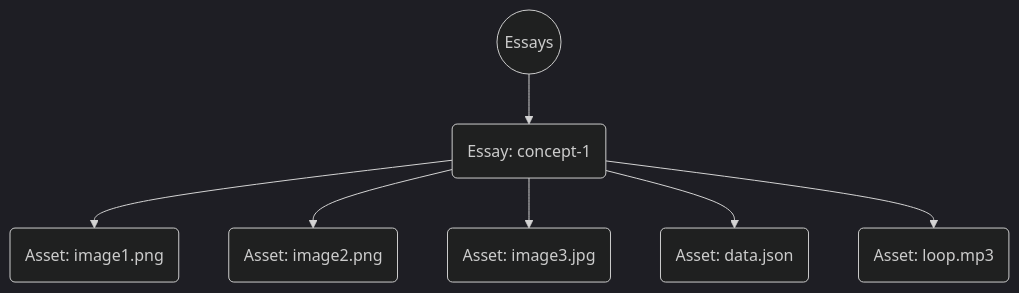
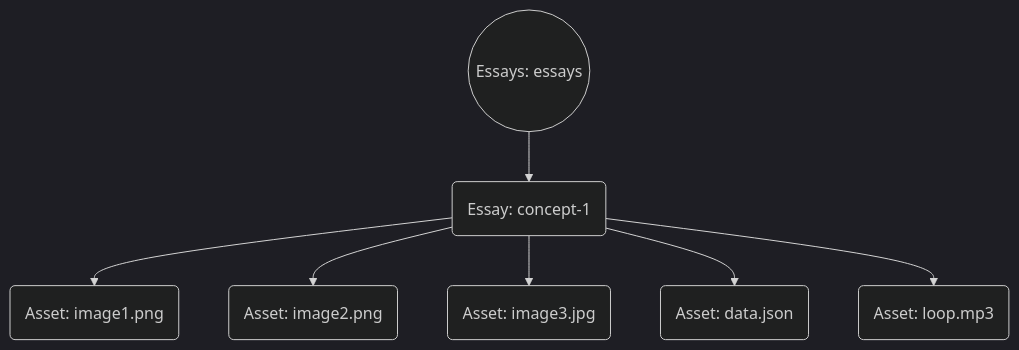
Before and after one commit to maetl/yarrow: the second of 2 diagrams in CONTENT.md, drawn with Mermaid (dark theme). The commit also changed other lines of this file and 9 other files, not shown here.

````diff
--- a/CONTENT.md
+++ b/CONTENT.md
@@ -122,9 +179,9 @@
 ```mermaid
 graph TD;
-  essays((Essays))-->concept1(Essay: concept-1);
+  essays((Essays: essays))-->concept1(Essay: concept-1);
   concept1-->image1(Asset: image1.png);
   concept1-->image2(Asset: image2.png);
   concept1-->image3(Asset: image3.jpg);
   concept1-->data(Asset: data.json);
   concept1-->loop(Asset: loop.mp3);
 ```
````
